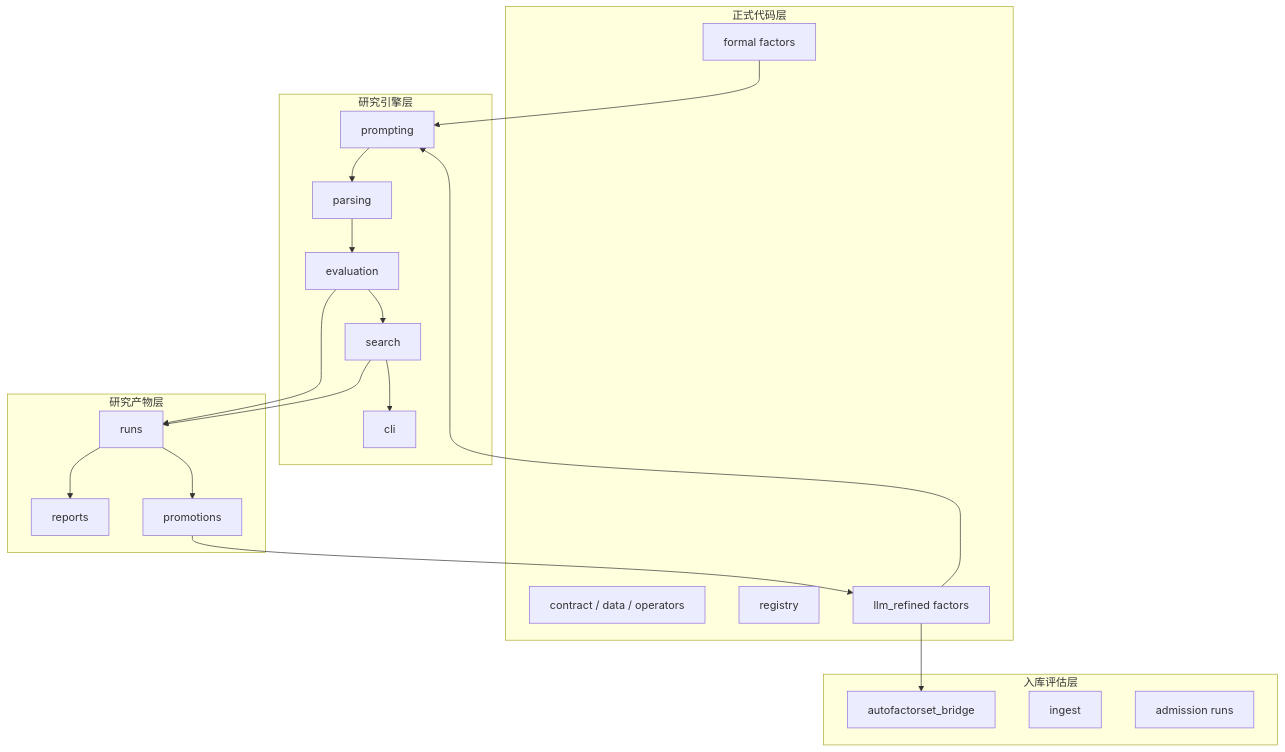
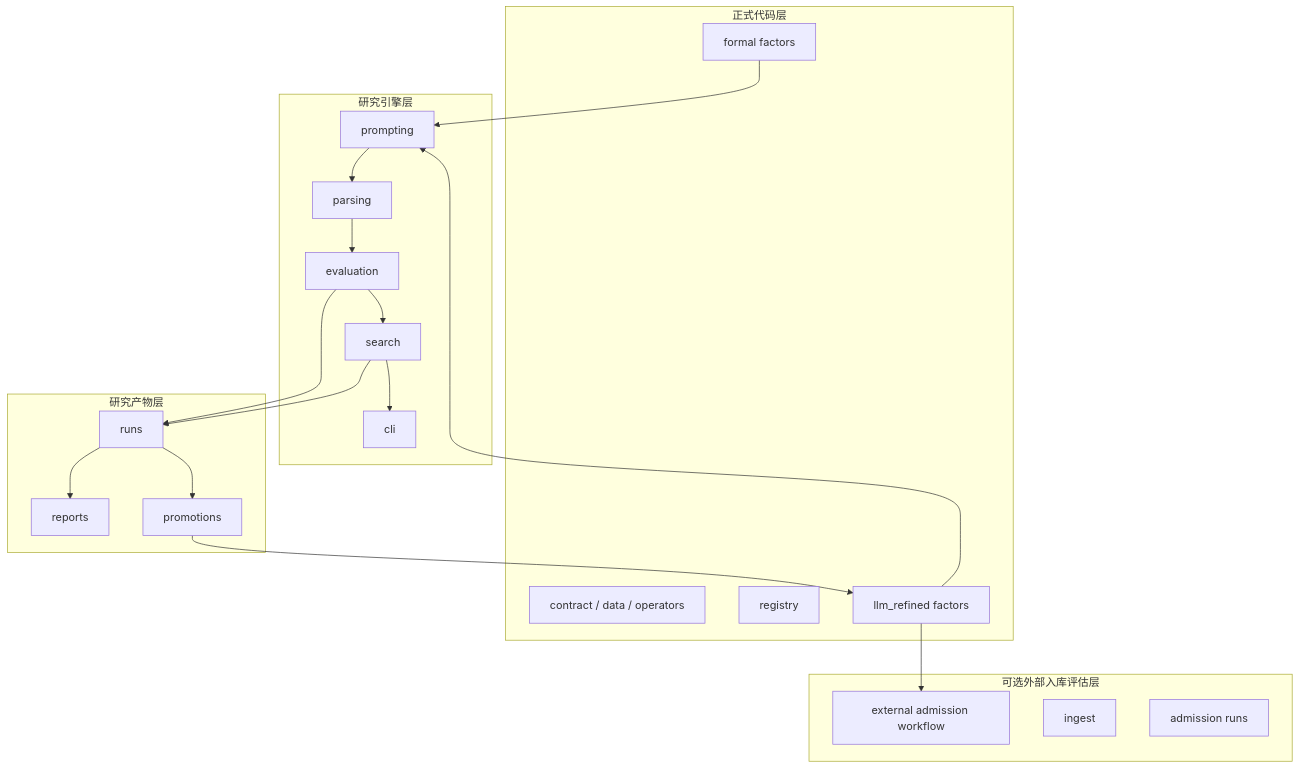
The second of 2 diagrams in README_CN.md (zhangxinyue1017/AlphaRefinery), drawn with Mermaid before and after one commit. The commit also changed other lines of this file and 24 other files, not shown here.

````diff
--- a/README_CN.md
+++ b/README_CN.md
@@ -125,39 +124,39 @@
 ```mermaid
 graph TD
     subgraph Code["正式代码层"]
         A1["contract / data / operators"]
         A2["registry"]
         A3["formal factors"]
         A4["llm_refined factors"]
     end
 
     subgraph Refine["研究引擎层"]
         B1["prompting"]
         B2["parsing"]
         B3["evaluation"]
         B4["search"]
         B5["cli"]
     end
 
     subgraph Artifact["研究产物层"]
         C1["runs"]
         C2["reports"]
         C3["promotions"]
     end
 
-    subgraph Admission["入库评估层"]
-        D1["autofactorset_bridge"]
+    subgraph Admission["可选外部入库评估层"]
+        D1["external admission workflow"]
         D2["ingest"]
         D3["admission runs"]
     end
 
     A3 --> B1
     A4 --> B1
     B1 --> B2 --> B3 --> B4 --> B5
     B3 --> C1
     B4 --> C1
     C1 --> C2
     C1 --> C3
     C3 --> A4
     A4 --> D1
 ```
````
